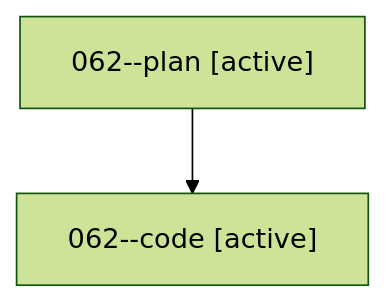
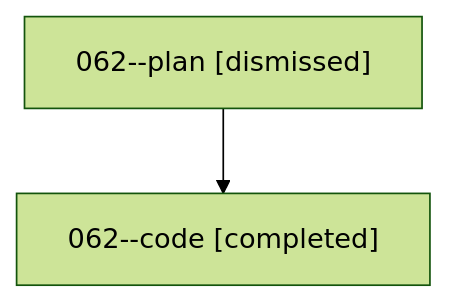
The diagram in families/bbugyi200.athena.062.md (sase-org/sase--agents), drawn with Mermaid (forest theme) before and after one commit. The commit also changed other lines of this file and 530 other files, not shown here.

````diff
--- a/families/bbugyi200.athena.062.md
+++ b/families/bbugyi200.athena.062.md
@@ -9,6 +9,6 @@
 ```mermaid
 flowchart TD
-  n0["062--plan [active]"]
-  n1["062--code [active]"]
+  n0["062--plan [dismissed]"]
+  n1["062--code [completed]"]
   n0 --> n1
 ```
````
